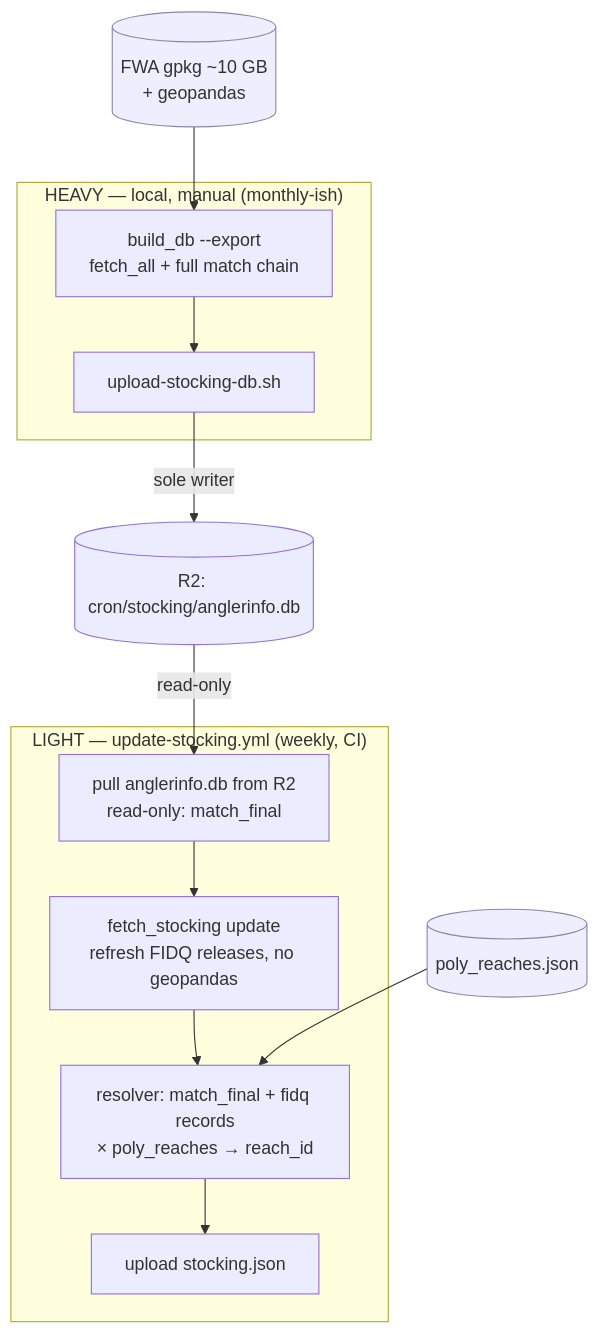
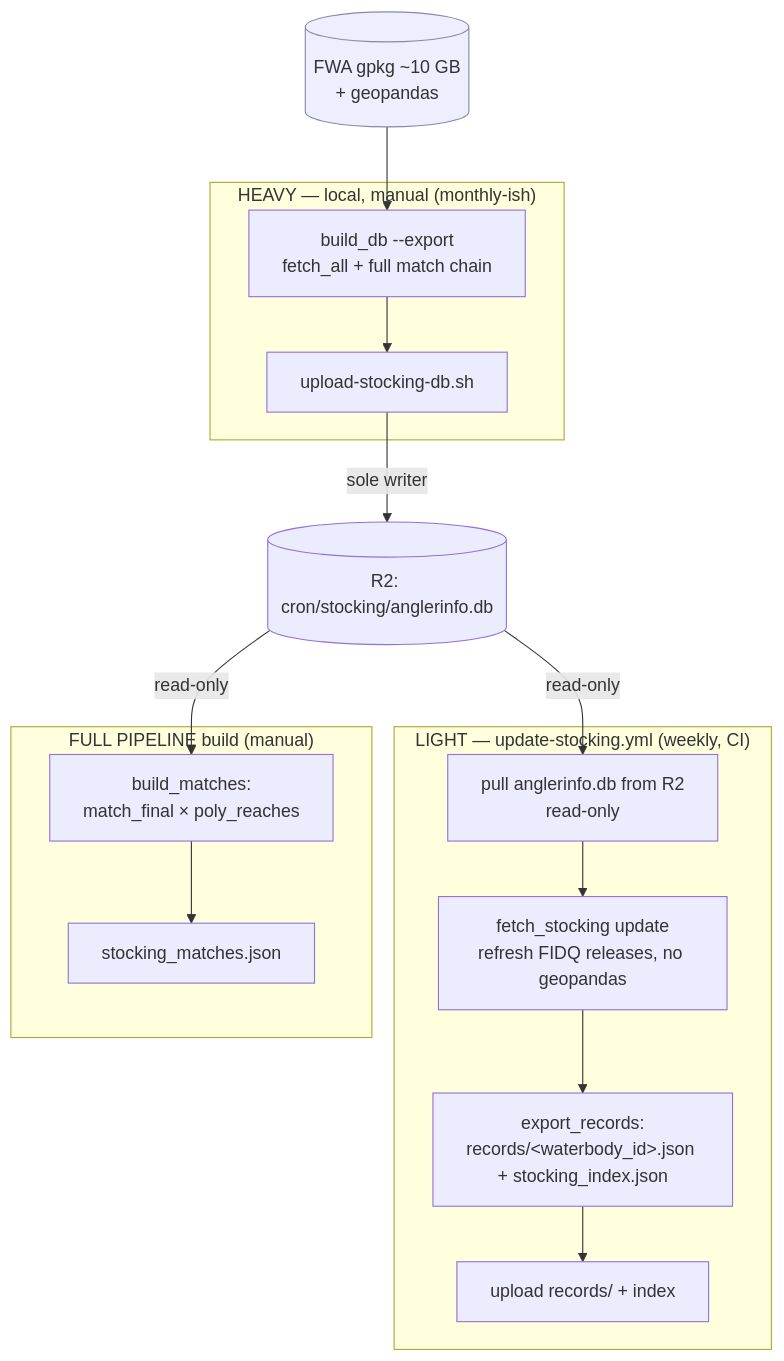
One commit to HorvathDawson/BC-freshwater-fishing-regulations changed the fourth of 4 diagrams in pipeline/recurring/CRON_DATA_FLOW.md. Above: the diagram before and after it, drawn with Mermaid. The commit also changed other lines of this file and 31 other files, not shown here.

````diff
--- a/pipeline/recurring/CRON_DATA_FLOW.md
+++ b/pipeline/recurring/CRON_DATA_FLOW.md
@@ -132,21 +147,25 @@
 ```mermaid
 flowchart TD
     subgraph light["LIGHT — update-stocking.yml (weekly, CI)"]
-        L1[pull anglerinfo.db from R2<br/>read-only: match_final] --> L2[fetch_stocking update<br/>refresh FIDQ releases, no geopandas]
-        L2 --> L3[resolver: match_final + fidq records<br/>× poly_reaches → reach_id]
-        L3 --> L4[upload stocking.json]
+        L1[pull anglerinfo.db from R2<br/>read-only] --> L2[fetch_stocking update<br/>refresh FIDQ releases, no geopandas]
+        L2 --> L3[export_records:<br/>records/&lt;waterbody_id&gt;.json + stocking_index.json]
+        L3 --> L4[upload records/ + index]
     end
 
     subgraph heavy["HEAVY — local, manual (monthly-ish)"]
         H1[build_db --export<br/>fetch_all + full match chain] --> H2[upload-stocking-db.sh]
     end
 
-    PR[(poly_reaches.json)]:::ext --> L3
+    subgraph full["FULL PIPELINE build (manual)"]
+        P1[build_matches:<br/>match_final × poly_reaches] --> P2[stocking_matches.json]
+    end
+
     GPKG[(FWA gpkg ~10 GB<br/>+ geopandas)]:::ext --> H1
     DB[(R2: cron/stocking/anglerinfo.db)]
 
     H2 -->|sole writer| DB
     DB -->|read-only| L1
+    DB -->|read-only| P1
 
     classDef ext fill:#eef,stroke:#88a;
 ```
````
